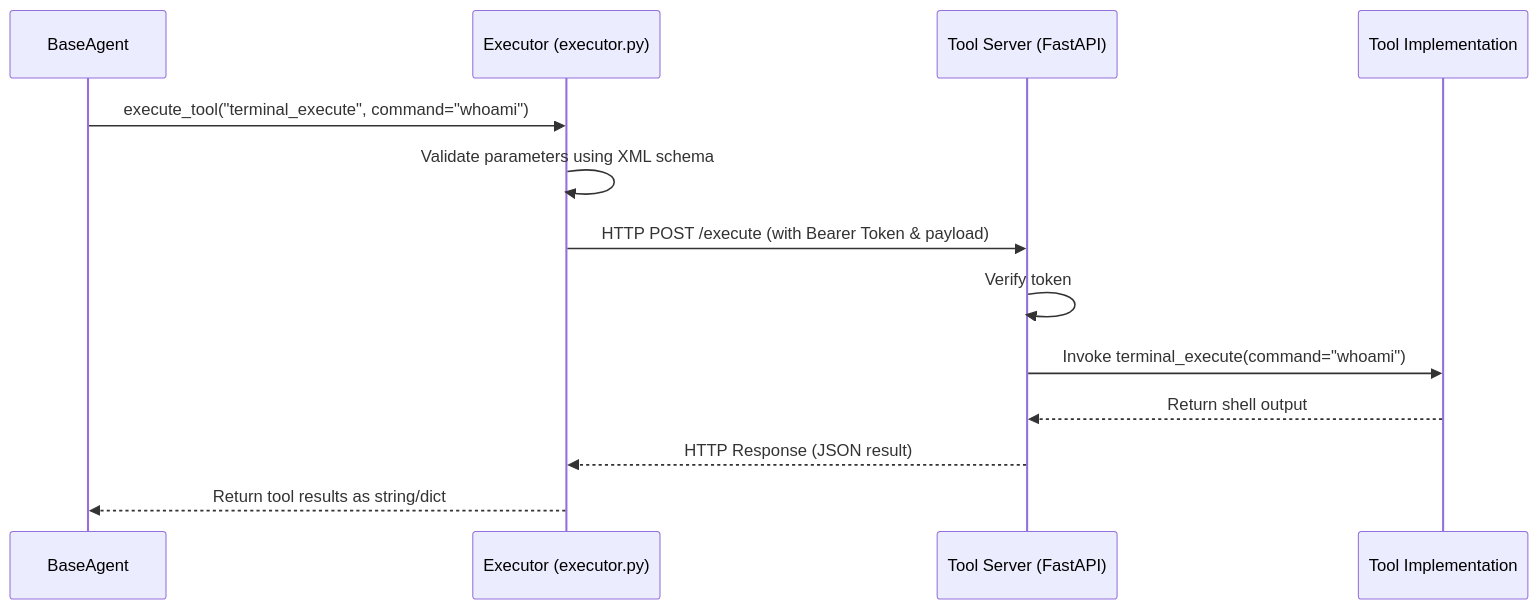
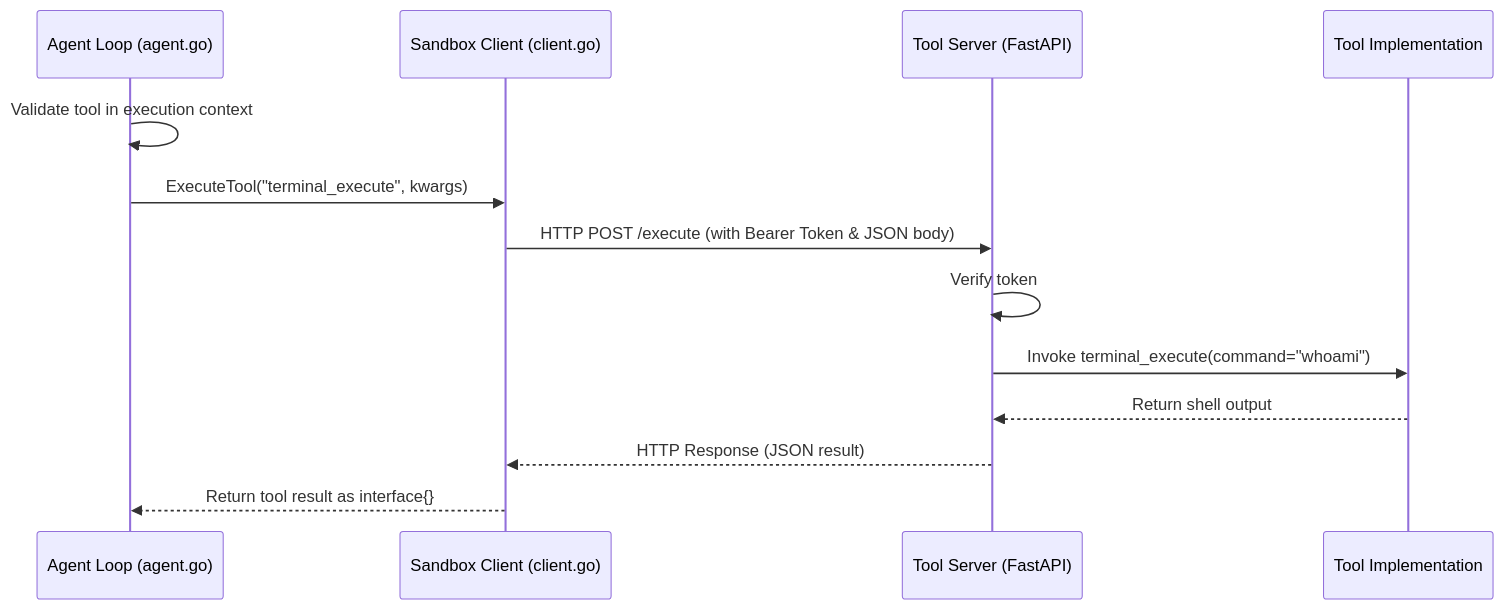
The third of 4 diagrams in ARCHITECTURE.md (afranz29/strix-pydantic-ai), drawn with Mermaid before and after one commit. The commit also changed other lines of this file and 15 other files, not shown here.

````diff
--- a/ARCHITECTURE.md
+++ b/ARCHITECTURE.md
@@ -129,16 +107,16 @@
 ```mermaid
 sequenceDiagram
-    participant Agent as BaseAgent
-    participant Exec as Executor (executor.py)
+    participant Agent as Agent Loop (agent.go)
+    participant Client as Sandbox Client (client.go)
     participant Svr as Tool Server (FastAPI)
     participant Tool as Tool Implementation
     
-    Agent->>Exec: execute_tool("terminal_execute", command="whoami")
-    Exec->>Exec: Validate parameters using XML schema
-    Exec->>Svr: HTTP POST /execute (with Bearer Token & payload)
+    Agent->>Agent: Validate tool in execution context
+    Agent->>Client: ExecuteTool("terminal_execute", kwargs)
+    Client->>Svr: HTTP POST /execute (with Bearer Token & JSON body)
     Svr->>Svr: Verify token
     Svr->>Tool: Invoke terminal_execute(command="whoami")
     Tool-->>Svr: Return shell output
-    Svr-->>Exec: HTTP Response (JSON result)
-    Exec-->>Agent: Return tool results as string/dict
+    Svr-->>Client: HTTP Response (JSON result)
+    Client-->>Agent: Return tool result as interface{}
 ```
````
